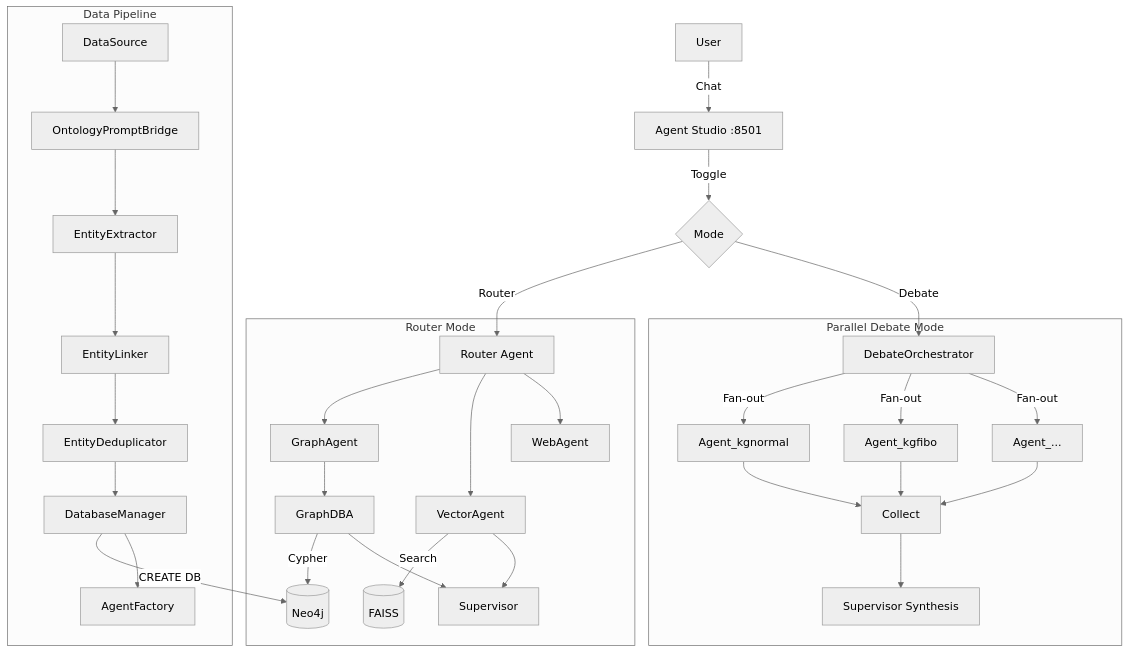
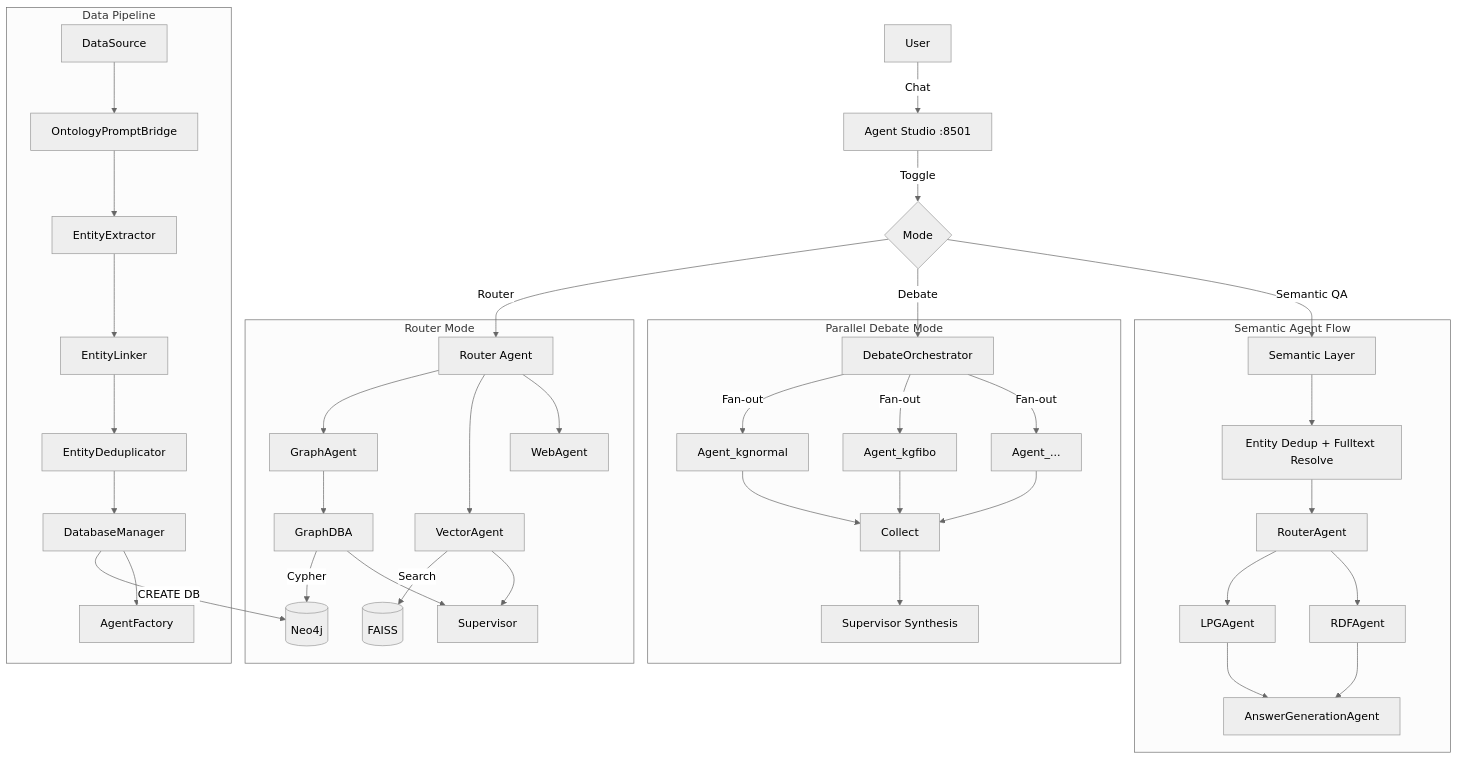
Before and after one commit to tteon/seocho: the diagram in README.md, drawn with Mermaid (neutral theme). The commit also changed other lines of this file and 11 other files, not shown here.

Commit message:
feat: add semantic graph QA agent flow with fulltext resolution

````diff
--- a/README.md
+++ b/README.md
@@ -138,39 +157,49 @@
 ```mermaid
 graph TD
     User[User] -->|Chat| UI[Agent Studio :8501]
     UI -->|Toggle| Mode{Mode}
 
     Mode -->|Router| Router[Router Agent]
     Mode -->|Debate| Debate[DebateOrchestrator]
+    Mode -->|Semantic QA| Sem[Semantic Layer]
 
     subgraph Router_Mode[Router Mode]
         Router --> Graph[GraphAgent]
         Router --> Vector[VectorAgent]
         Router --> Web[WebAgent]
         Graph --> DBA[GraphDBA]
         DBA -->|Cypher| Neo4j[(Neo4j)]
         Vector -->|Search| FAISS[(FAISS)]
         DBA --> Sup1[Supervisor]
         Vector --> Sup1
     end
 
     subgraph Debate_Mode[Parallel Debate Mode]
         Debate -->|Fan-out| A1[Agent_kgnormal]
         Debate -->|Fan-out| A2[Agent_kgfibo]
         Debate -->|Fan-out| AN[Agent_...]
         A1 --> Collect[Collect]
         A2 --> Collect
         AN --> Collect
         Collect --> Sup2[Supervisor Synthesis]
     end
 
+    subgraph Semantic_Mode[Semantic Agent Flow]
+        Sem --> DedupResolve[Entity Dedup + Fulltext Resolve]
+        DedupResolve --> Route2[RouterAgent]
+        Route2 --> LPG[LPGAgent]
+        Route2 --> RDF[RDFAgent]
+        LPG --> Ans[AnswerGenerationAgent]
+        RDF --> Ans
+    end
+
     subgraph Pipeline[Data Pipeline]
         DS[DataSource] --> Bridge[OntologyPromptBridge]
         Bridge --> Extract[EntityExtractor]
         Extract --> Link[EntityLinker]
         Link --> Dedup[EntityDeduplicator]
         Dedup --> DBM[DatabaseManager]
         DBM -->|CREATE DB| Neo4j
         DBM --> AF[AgentFactory]
     end
 ```
````
